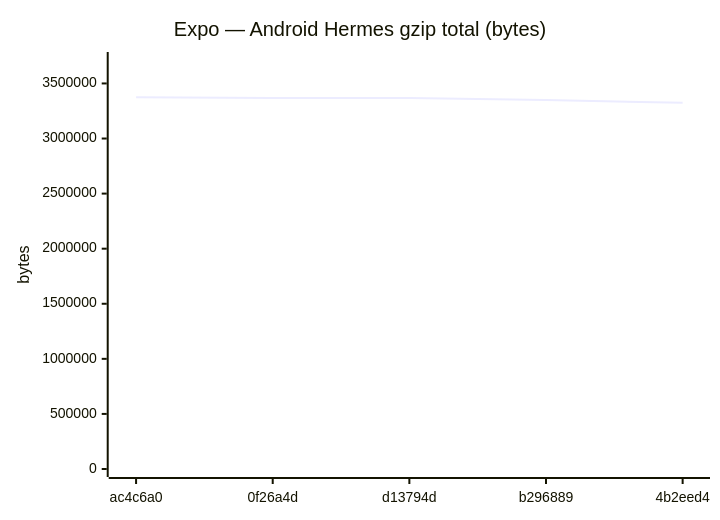
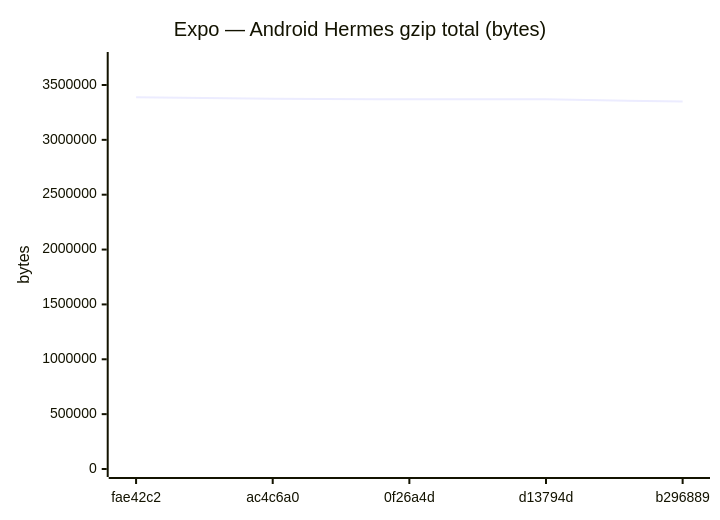
Before and after one commit to Metaheurist/Rianell: diagram 11 of 18 in benchmarks/compare.md, drawn with Mermaid. The commit also changed other lines of this file and 11 other files, not shown here.

````diff
--- a/benchmarks/compare.md
+++ b/benchmarks/compare.md
@@ -172,7 +172,7 @@
 ```mermaid
 xychart-beta
     title "Expo — Android Hermes gzip total (bytes)"
-    x-axis ["ac4c6a0", "0f26a4d", "d13794d", "b296889", "4b2eed4"]
-    y-axis "bytes" 0 --> 3712831
-    line [3375300, 3368860, 3368861, 3349208, 3324082]
+    x-axis ["fae42c2", "ac4c6a0", "0f26a4d", "d13794d", "b296889"]
+    y-axis "bytes" 0 --> 3727642
+    line [3388765, 3375300, 3368860, 3368861, 3349208]
 ```
````
